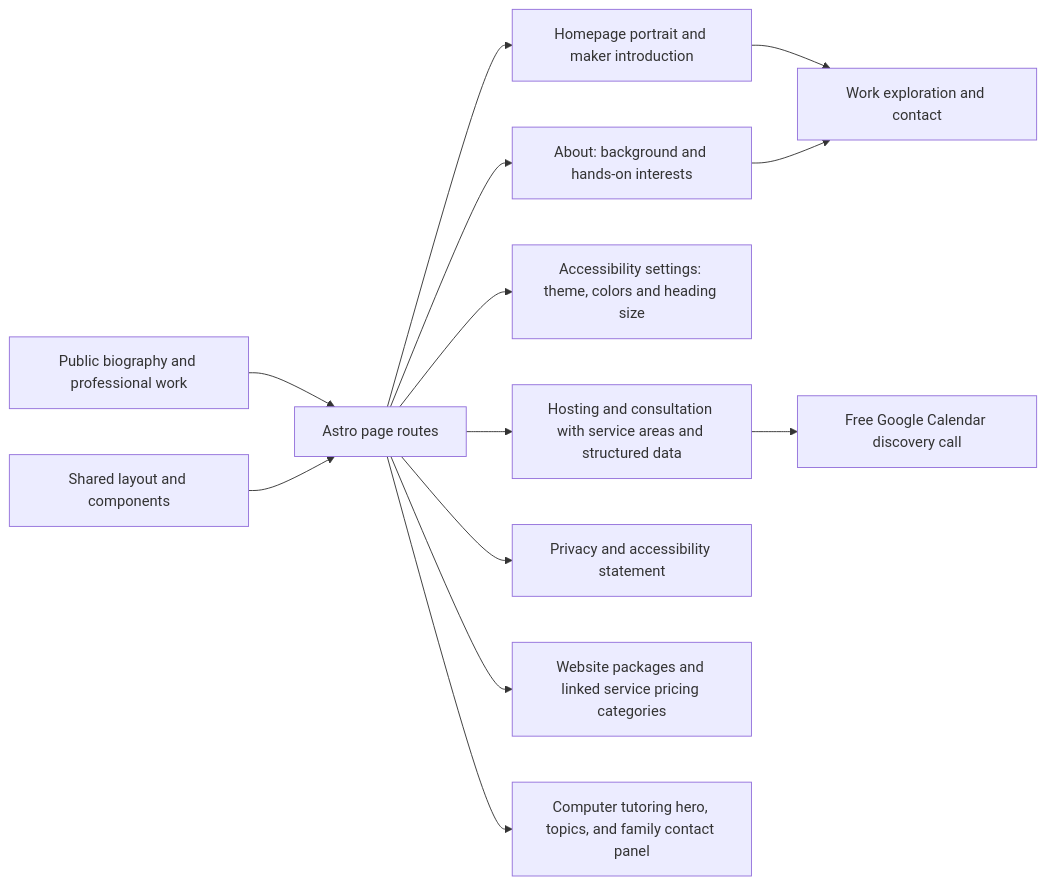
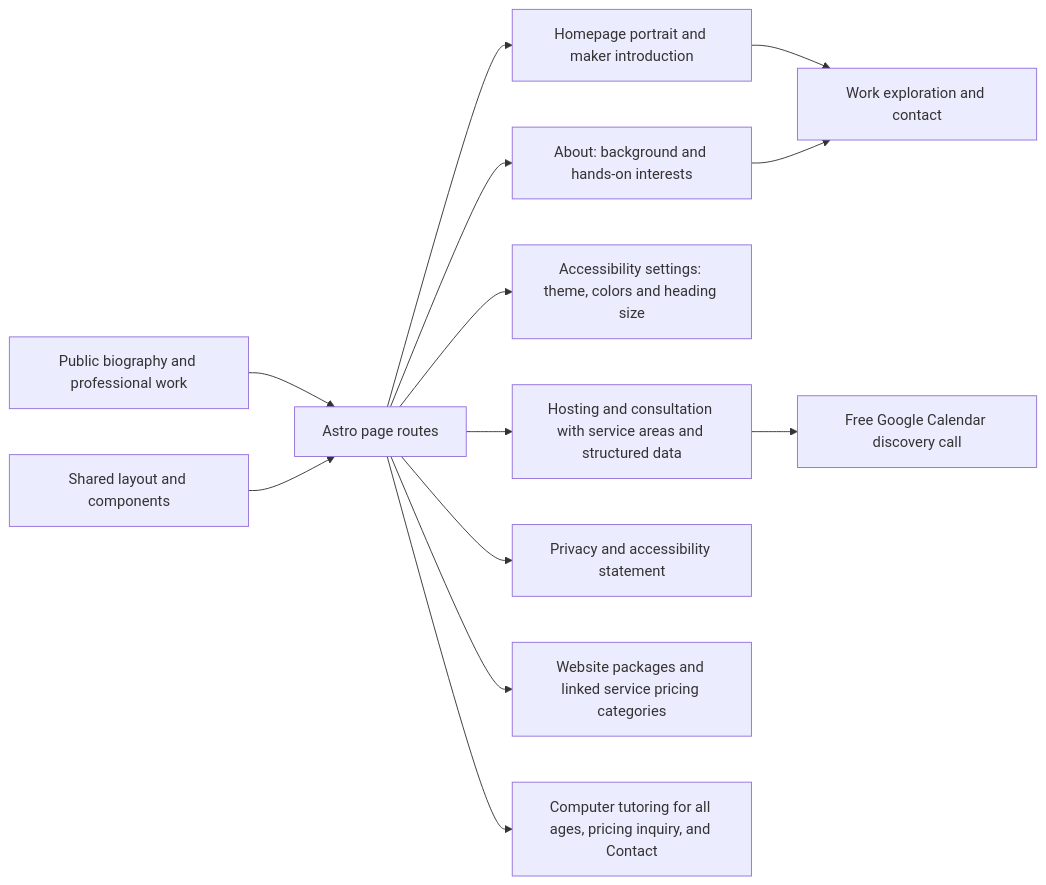
Before and after one commit to anoblet/astronautical-apogee: the diagram in src/pages/_readme.md, drawn with Mermaid. The commit also changed other lines of this file and 6 other files, not shown here.

Commit message:
fix(services): align computer tutoring with service pages

````diff
--- a/src/pages/_readme.md
+++ b/src/pages/_readme.md
@@ -18,15 +18,15 @@
 ```mermaid
 flowchart LR
     Biography[Public biography and professional work] --> Routes[Astro page routes]
     Routes --> Home[Homepage portrait and maker introduction]
     Routes --> About[About: background and hands-on interests]
     Layout[Shared layout and components] --> Routes
     Routes --> Accessibility[Accessibility settings: theme, colors and heading size]
     Routes --> Ads[Hosting and consultation with service areas and structured data]
     Ads --> Booking[Free Google Calendar discovery call]
     Routes --> Policies[Privacy and accessibility statement]
     Routes --> Pricing[Website packages and linked service pricing categories]
-    Routes --> Tutoring[Computer tutoring hero, topics, and family contact panel]
+    Routes --> Tutoring[Computer tutoring for all ages, pricing inquiry, and Contact]
     Home --> Contact[Work exploration and contact]
     About --> Contact
 ```
````
